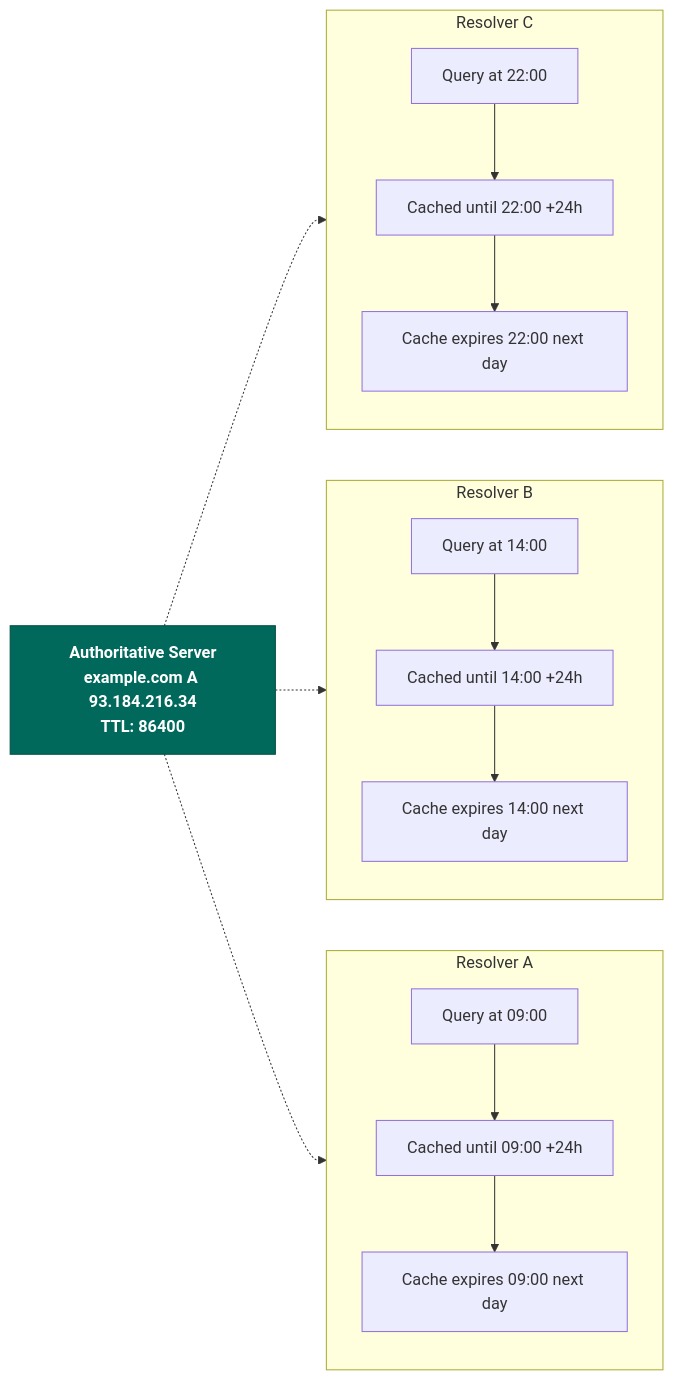
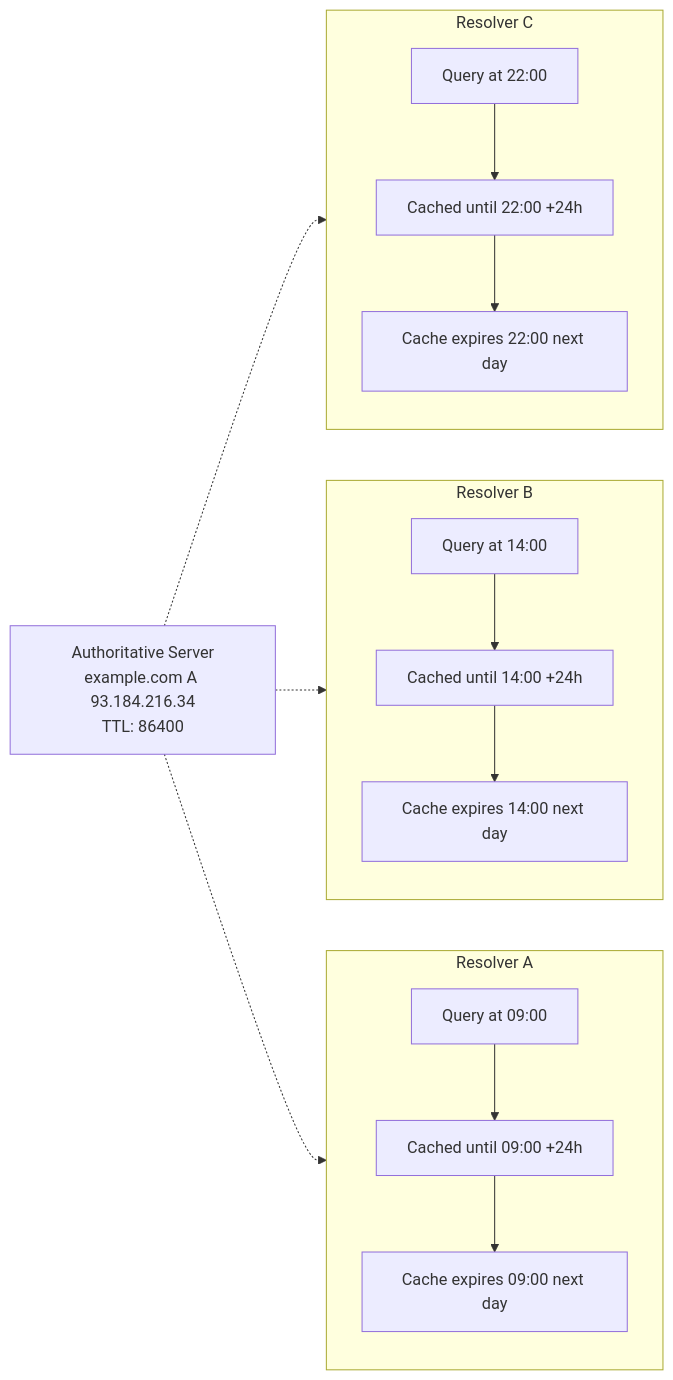
Before and after one commit to ringo380/guides: the third of 4 diagrams in DNS Administration/dns-fundamentals.md, drawn with Mermaid. The commit also changed other lines of this file and 2 other files, not shown here.

First line of the commit message:
docs(dns-administration): remove hardcoded Mermaid colors for theme compatibility

````diff
--- a/DNS Administration/dns-fundamentals.md
+++ b/DNS Administration/dns-fundamentals.md
@@ -202,28 +197,26 @@
 ```mermaid
 graph LR
     Auth["Authoritative Server<br/>example.com A 93.184.216.34<br/>TTL: 86400"]
 
     subgraph Resolver A
         direction TB
         RA_Q["Query at 09:00"] --> RA_C["Cached until 09:00 +24h"]
         RA_C --> RA_E["Cache expires 09:00 next day"]
     end
 
     subgraph Resolver B
         direction TB
         RB_Q["Query at 14:00"] --> RB_C["Cached until 14:00 +24h"]
         RB_C --> RB_E["Cache expires 14:00 next day"]
     end
 
     subgraph Resolver C
         direction TB
         RC_Q["Query at 22:00"] --> RC_C["Cached until 22:00 +24h"]
         RC_C --> RC_E["Cache expires 22:00 next day"]
     end
 
     Auth -.-> RA_Q
     Auth -.-> RB_Q
     Auth -.-> RC_Q
-
-    style Auth fill:#00695c,color:#fff,stroke:#004d40,font-weight:bold
 ```
````
